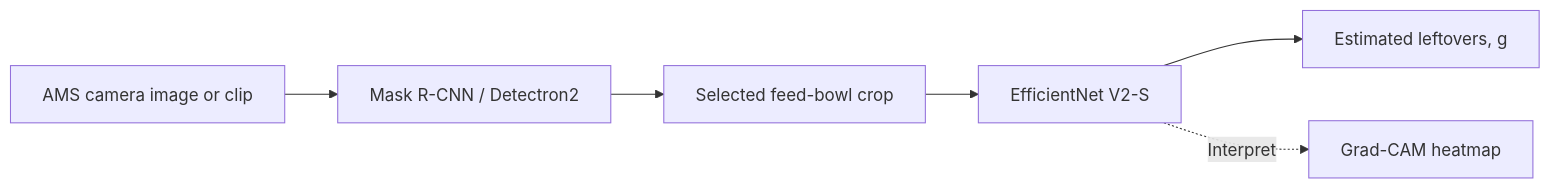
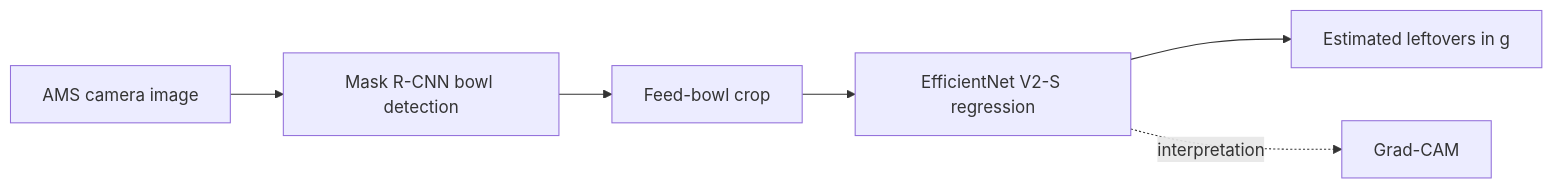
Before and after one commit to masayamatamura0-max/AMS-Concentrate-Leftover-Estimation-: the diagram in README.md, drawn with Mermaid. The commit also changed other lines of this file and 1 other file, not shown here.

````diff
--- a/README.md
+++ b/README.md
@@ -19,8 +21,8 @@
 ```mermaid
 flowchart LR
-    A[AMS camera image or clip] --> B[Mask R-CNN / Detectron2]
-    B --> C[Selected feed-bowl crop]
-    C --> D[EfficientNet V2-S]
-    D --> E[Estimated leftovers, g]
-    D -. Interpret .-> F[Grad-CAM heatmap]
+    A[AMS camera image] --> B[Mask R-CNN bowl detection]
+    B --> C[Feed-bowl crop]
+    C --> D[EfficientNet V2-S regression]
+    D --> E[Estimated leftovers in g]
+    D -. interpretation .-> F[Grad-CAM]
 ```
````
